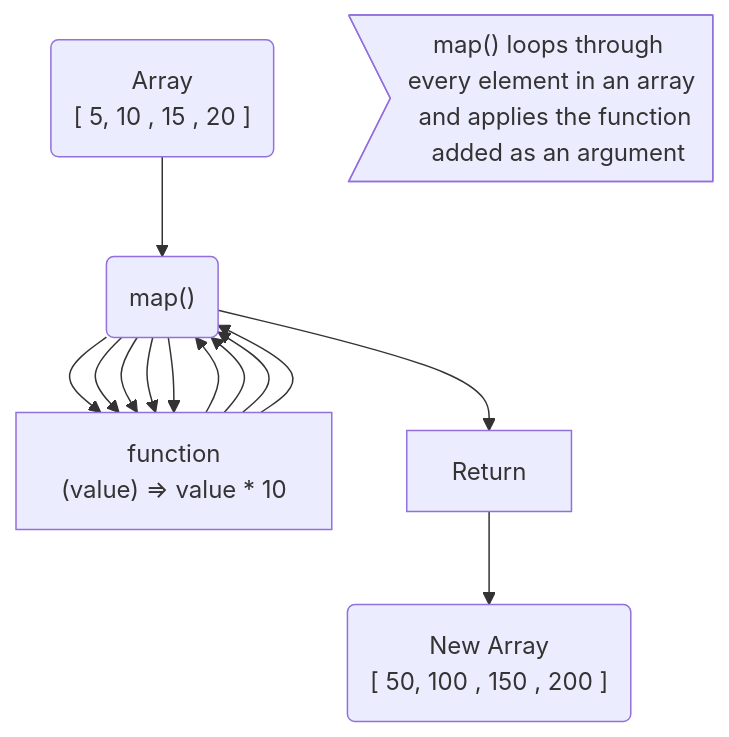
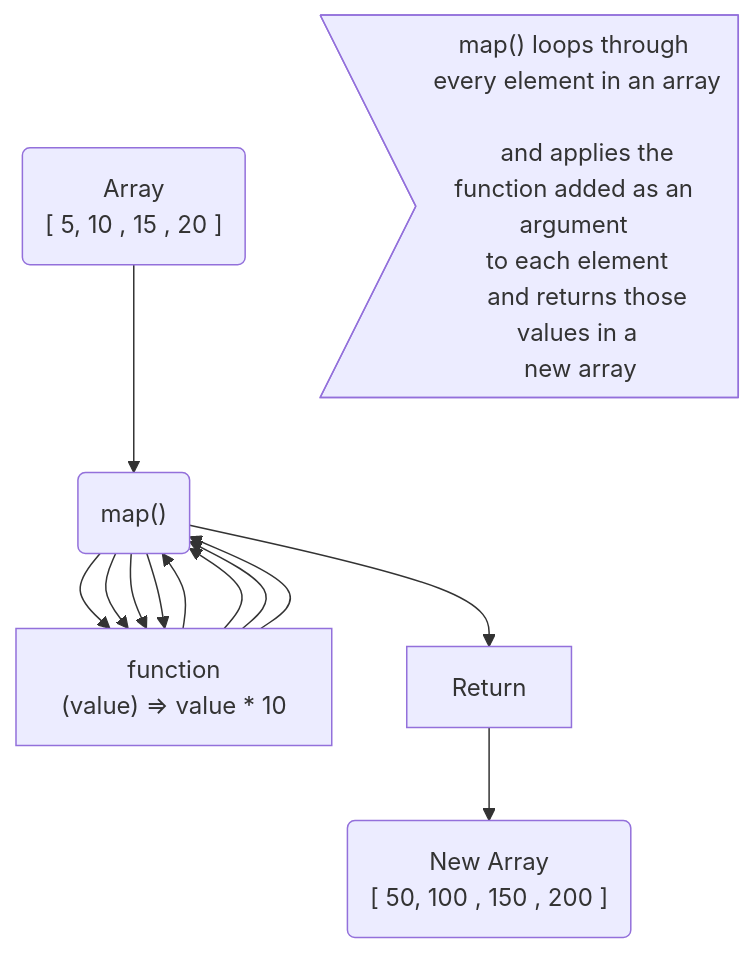
One commit to learn-academy-2022-foxtrot/week-2-assessment-JeremyDuncan changed the second of 4 diagrams in interview-questions.md. Above: the diagram before and after it, drawn with Mermaid. The commit also changed other lines of this file, not shown here.

Commit message:
added mermaid graph, interview questions complete

````diff
--- a/interview-questions.md
+++ b/interview-questions.md
@@ -89,17 +89,17 @@
 ```mermaid
 graph TB
   arr("Array<br>[ 5, 10 , 15 , 20 ]") --> map("map()")
   map --> fn["function<br> (value) => value * 10"]
   map --> rtn[Return]
   fn --> map
   fn --> map
   fn --> map
   fn --> map
   map --> fn
   map --> fn
   map --> fn
-  map --> fn
   rtn --> arr2("New Array<br>[ 50, 100 , 150 , 200 ]")
-  mp>"map() loops through every element in an array<br> and applies the function
-  added as an argument"]
+  mp>"map() loops through every element in an array<br> 
+    and applies the function added as an argument <br>to each element
+    and returns those values in a<br> new array"]
 ```
````
